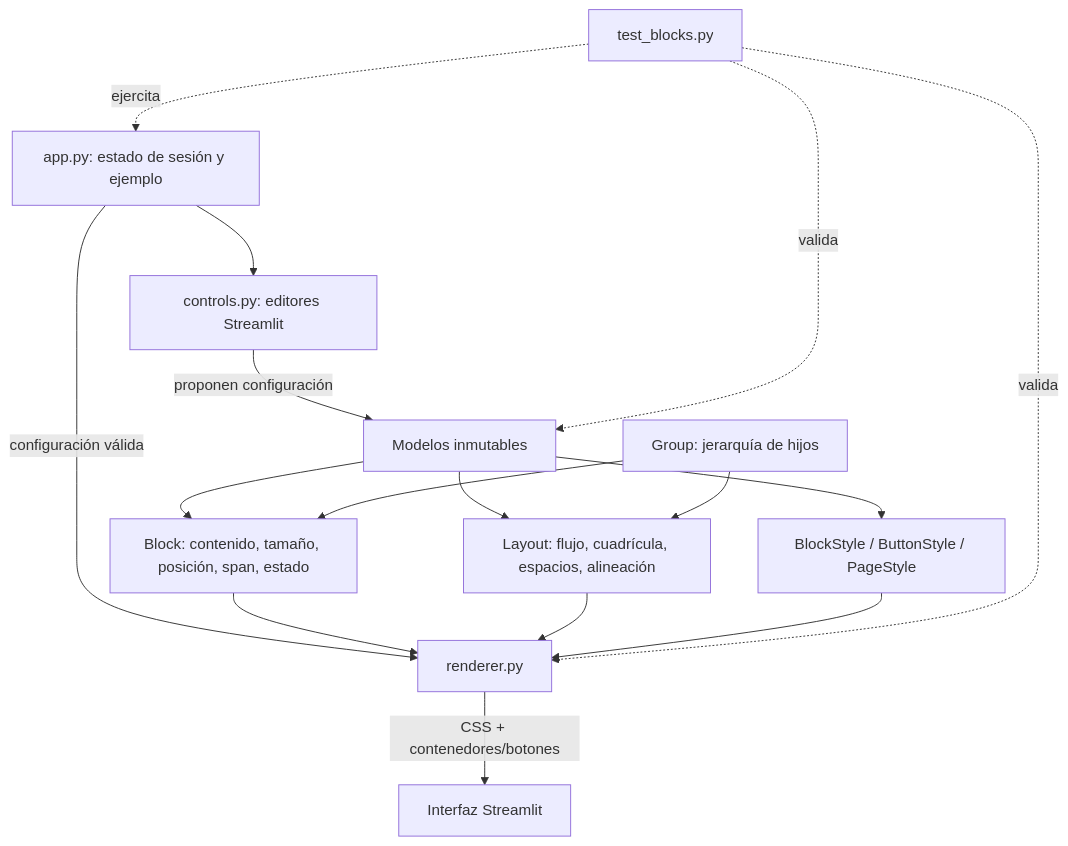
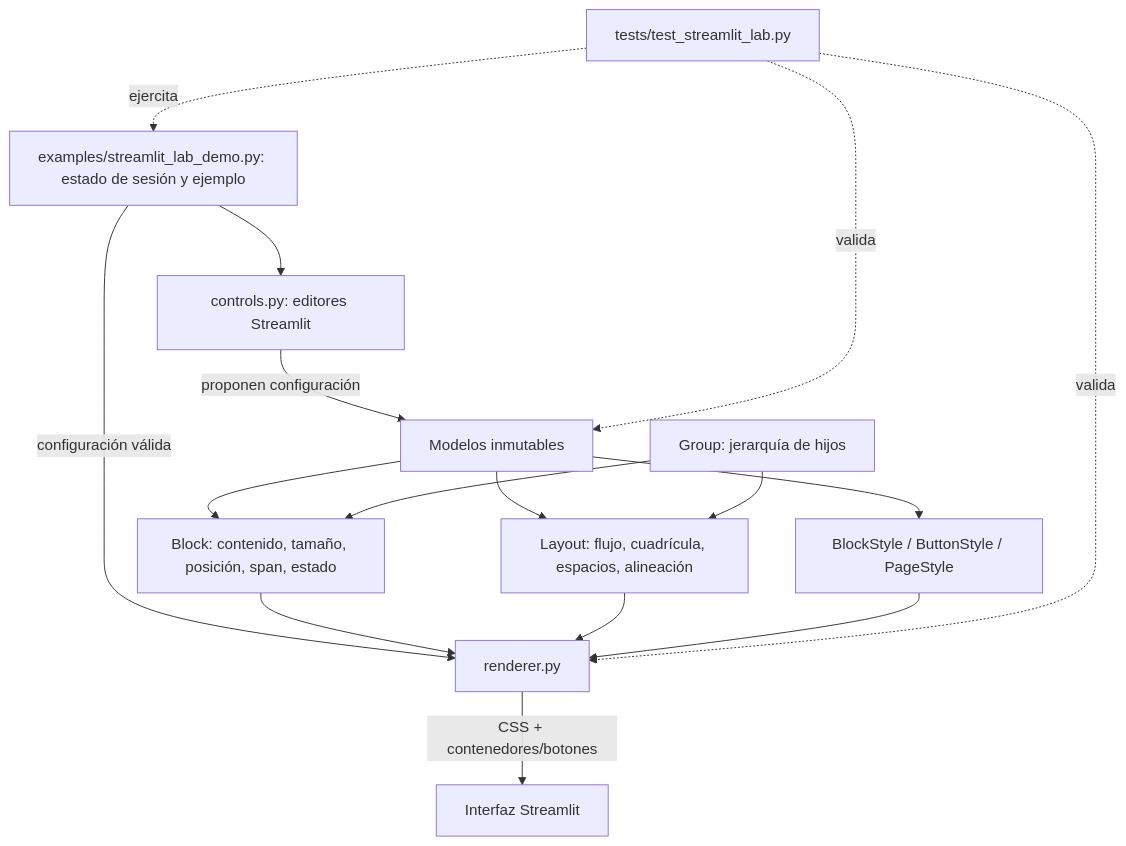
The diagram in streamlit_lab/DEVELOPMENT_SUMMARY.md (luiscaballeroramos/spoty), drawn with Mermaid before and after one commit. The commit also changed other lines of this file and 28 other files, not shown here.

````diff
--- a/streamlit_lab/DEVELOPMENT_SUMMARY.md
+++ b/streamlit_lab/DEVELOPMENT_SUMMARY.md
@@ -30,18 +29,18 @@
 ```mermaid
 flowchart TD
     C[controls.py: editores Streamlit] -->|proponen configuración| M[Modelos inmutables]
-    A[app.py: estado de sesión y ejemplo] --> C
+    A[examples/streamlit_lab_demo.py: estado de sesión y ejemplo] --> C
     M --> B[Block: contenido, tamaño, posición, span, estado]
     M --> L[Layout: flujo, cuadrícula, espacios, alineación]
     M --> S[BlockStyle / ButtonStyle / PageStyle]
     G[Group: jerarquía de hijos] --> L
     G --> B
     A -->|configuración válida| R[renderer.py]
     B --> R
     L --> R
     S --> R
     R -->|CSS + contenedores/botones| ST[Interfaz Streamlit]
-    T[test_blocks.py] -. valida .-> M
+    T[tests/test_streamlit_lab.py] -. valida .-> M
     T -. valida .-> R
     T -. ejercita .-> A
 ```
````
